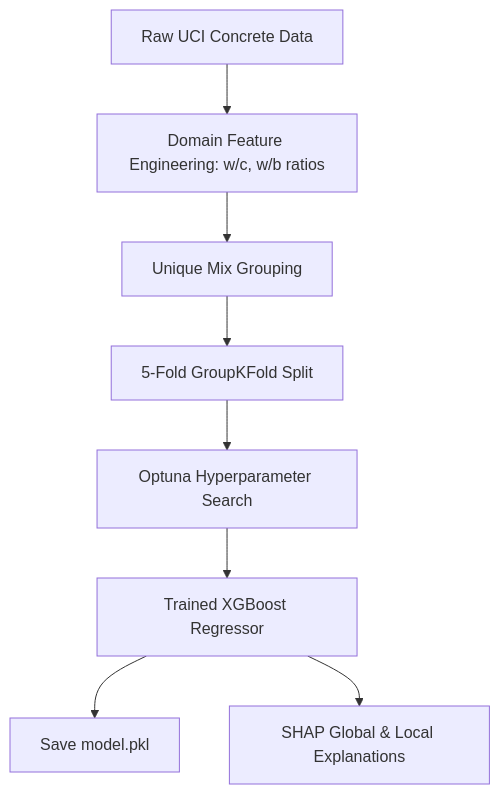
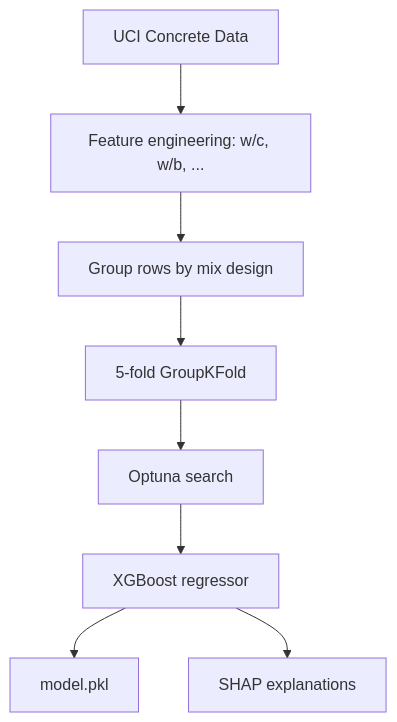
The diagram in README.md (kaan36875/OptiMPa), drawn with Mermaid before and after one commit. The commit also changed other lines of this file and 17 other files, not shown here.

````diff
--- a/README.md
+++ b/README.md
@@ -35,10 +20,10 @@
 ```mermaid
 graph TD
-    A[Raw UCI Concrete Data] --> B[Domain Feature Engineering: w/c, w/b ratios]
-    B --> C[Unique Mix Grouping]
-    C --> D[5-Fold GroupKFold Split]
-    D --> E[Optuna Hyperparameter Search]
-    E --> F[Trained XGBoost Regressor]
-    F --> G[Save model.pkl]
-    F --> H[SHAP Global & Local Explanations]
+    A[UCI Concrete Data] --> B[Feature engineering: w/c, w/b, ...]
+    B --> C[Group rows by mix design]
+    C --> D[5-fold GroupKFold]
+    D --> E[Optuna search]
+    E --> F[XGBoost regressor]
+    F --> G[model.pkl]
+    F --> H[SHAP explanations]
 ```
````
